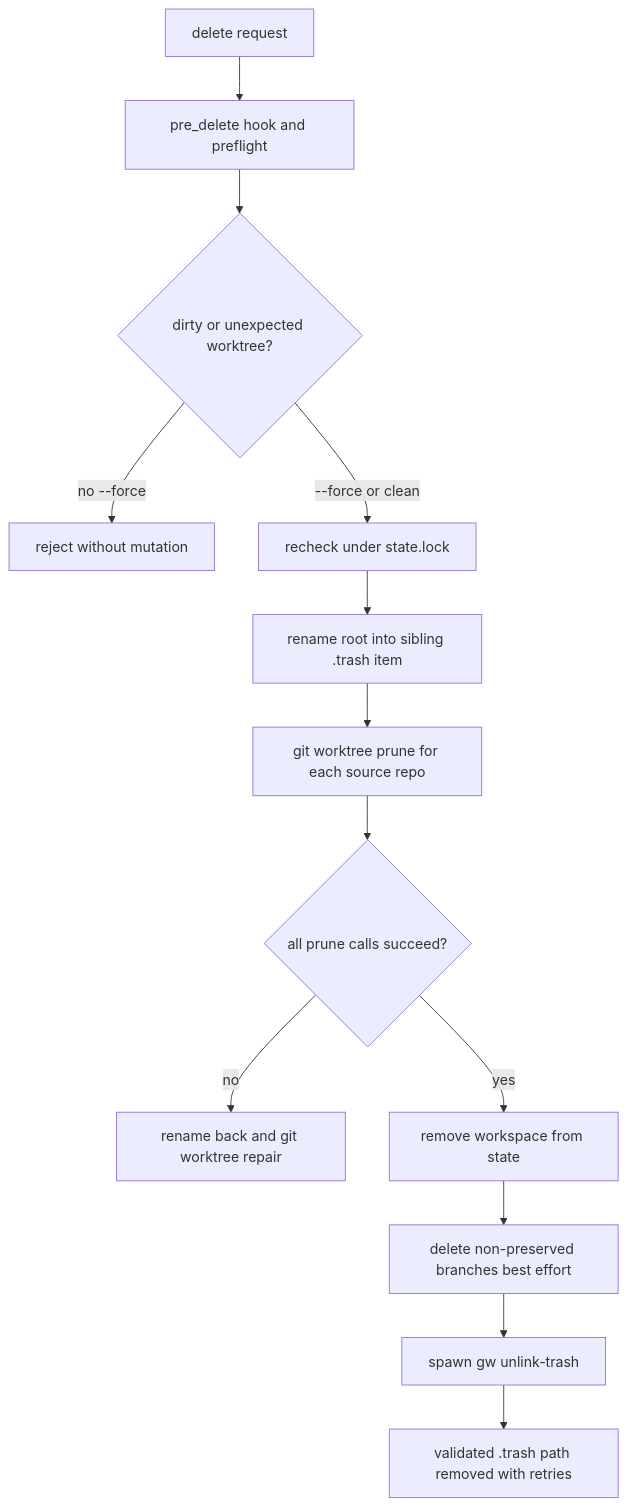
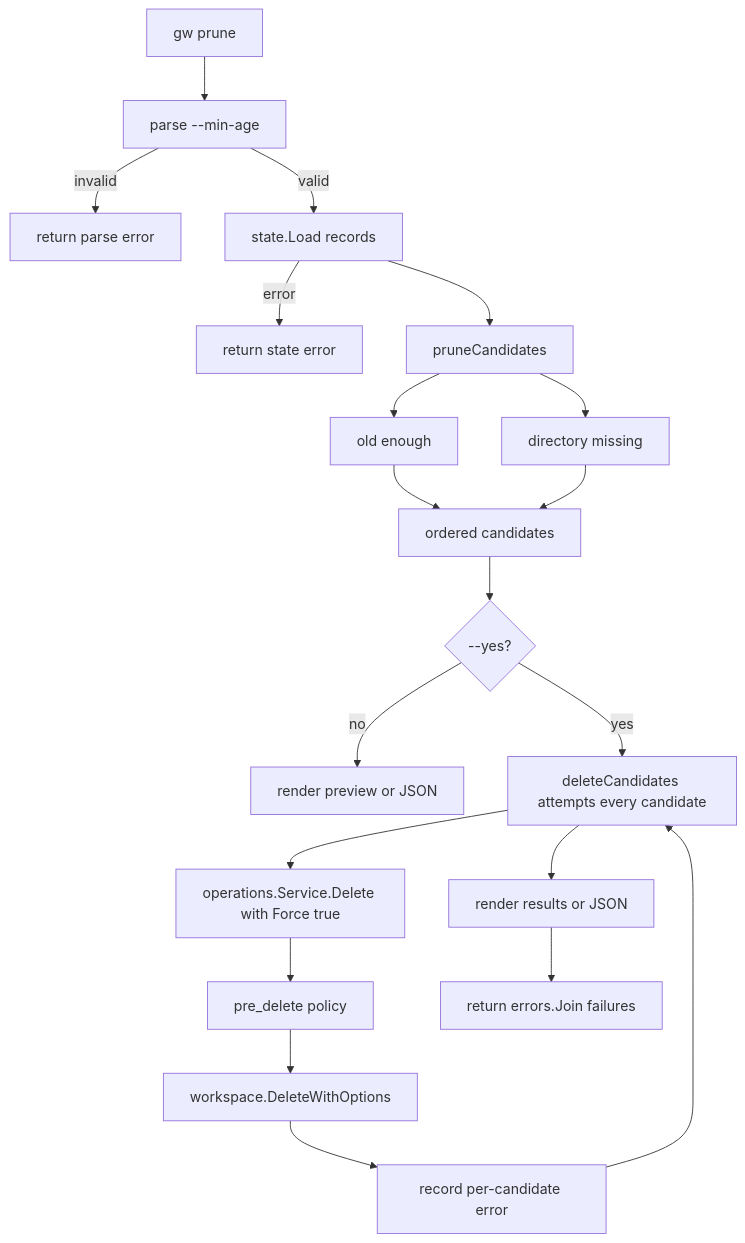
One commit to nicksenap/grove changed the second of 3 diagrams in openwiki/architecture.md. Above: the diagram before and after it, drawn with Mermaid. The commit also changed other lines of this file and 21 other files, not shown here.

First line of the commit message:
prune: stale-record cleanup, unit-suffixed --min-age, trimmed plugin registry (#117)

````diff
--- a/openwiki/architecture.md
+++ b/openwiki/architecture.md
@@ -186,15 +69,22 @@
 ```mermaid
 flowchart TD
-    START["delete request"] --> PRE["pre_delete hook and preflight"]
-    PRE --> DIRTY{"dirty or unexpected worktree?"}
-    DIRTY -->|"no --force"| STOP["reject without mutation"]
-    DIRTY -->|"--force or clean"| LOCK["recheck under state.lock"]
-    LOCK --> Q["rename root into sibling .trash item"]
-    Q --> PRUNE["git worktree prune for each source repo"]
-    PRUNE --> OK{"all prune calls succeed?"}
-    OK -->|"no"| RESTORE["rename back and git worktree repair"]
-    OK -->|"yes"| REMOVE["remove workspace from state"]
-    REMOVE --> BRANCH["delete non-preserved branches best effort"]
-    BRANCH --> CHILD["spawn gw unlink-trash"]
-    CHILD --> TRASH["validated .trash path removed with retries"]
+    START["gw prune"] --> PARSE["parse --min-age"]
+    PARSE -->|invalid| PARSE_ERR["return parse error"]
+    PARSE -->|valid| LOAD["state.Load records"]
+    LOAD -->|error| LOAD_ERR["return state error"]
+    LOAD --> SELECT["pruneCandidates"]
+    SELECT --> AGE["old enough"]
+    SELECT --> MISSING["directory missing"]
+    AGE --> CANDIDATES["ordered candidates"]
+    MISSING --> CANDIDATES
+    CANDIDATES --> PREVIEW{"--yes?"}
+    PREVIEW -->|no| RENDER_PREVIEW["render preview or JSON"]
+    PREVIEW -->|yes| ATTEMPT["deleteCandidates attempts every candidate"]
+    ATTEMPT --> SERVICE["operations.Service.Delete with Force true"]
+    SERVICE --> HOOK["pre_delete policy"]
+    HOOK --> REMOVE["workspace.DeleteWithOptions"]
+    REMOVE --> RESULT["record per-candidate error"]
+    RESULT --> ATTEMPT
+    ATTEMPT --> RENDER_RESULT["render results or JSON"]
+    RENDER_RESULT --> RETURN_ERR["return errors.Join failures"]
 ```
````
